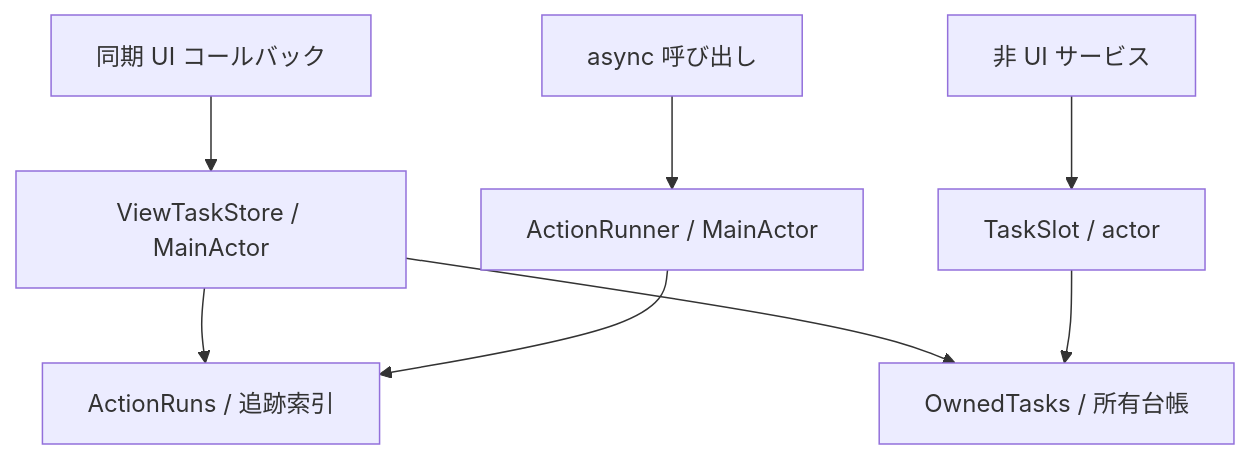
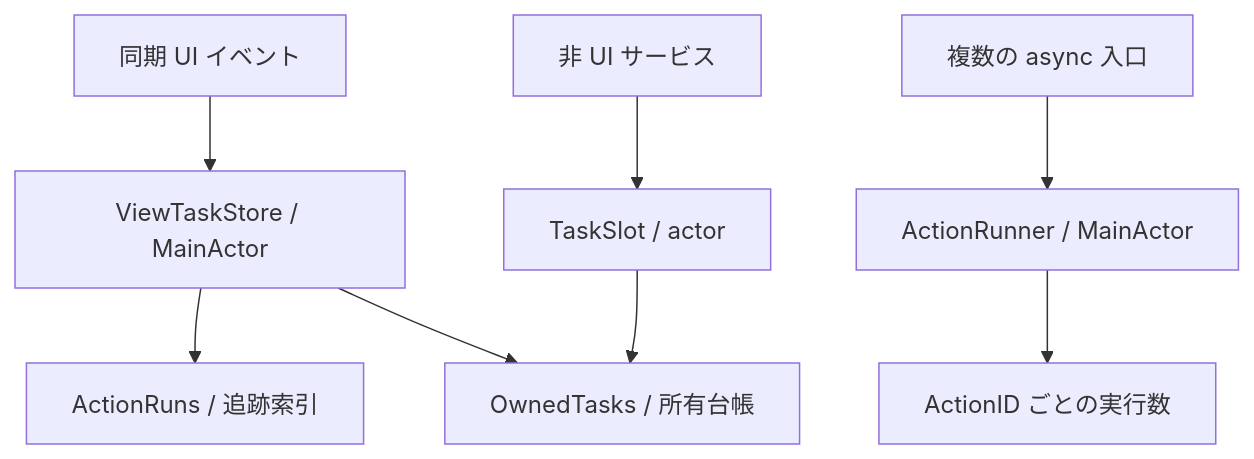
One commit to 9uiLe/swift-tasking changed the diagram in docs/architecture.md. Above: the diagram before and after it, drawn with Mermaid. The commit also changed other lines of this file and 60 other files, not shown here.

````diff
--- a/docs/architecture.md
+++ b/docs/architecture.md
@@ -24,10 +29,10 @@
 ```mermaid
 flowchart TD
-    UI[同期 UI コールバック] --> Store[ViewTaskStore / MainActor]
-    Async[async 呼び出し] --> Runner[ActionRunner / MainActor]
+    UI[同期 UI イベント] --> Store[ViewTaskStore / MainActor]
+    Async[複数の async 入口] --> Runner[ActionRunner / MainActor]
     Service[非 UI サービス] --> Slot[TaskSlot / actor]
     Store --> Runs[ActionRuns / 追跡索引]
-    Runner --> Runs
+    Runner --> Counts[ActionID ごとの実行数]
     Store --> Tasks[OwnedTasks / 所有台帳]
     Slot --> Tasks
 ```
````
